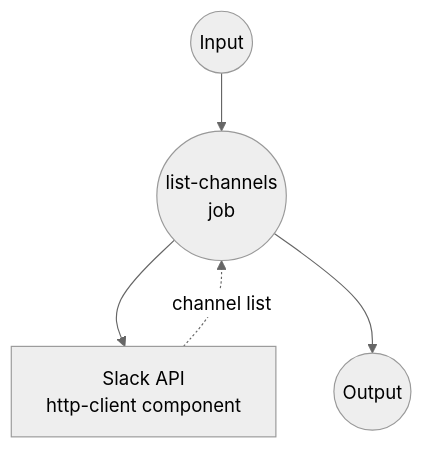
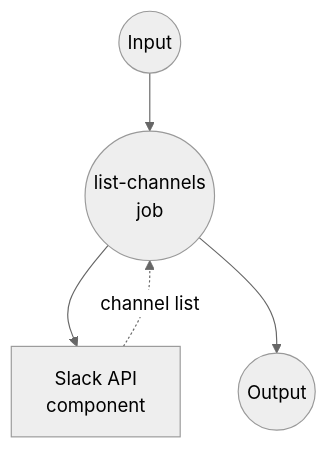
Before and after one commit to hanyeol/model-compose: the second of 3 diagrams in examples/mcp-servers/slack-bot/README.md, drawn with Mermaid (neutral theme). The commit also changed other lines of this file and 24 other files, not shown here.

````diff
--- a/examples/mcp-servers/slack-bot/README.md
+++ b/examples/mcp-servers/slack-bot/README.md
@@ -143,16 +151,16 @@
 ```mermaid
 graph TD
     %% Default job (implicit)
     J1((list-channels<br/>job))
 
     %% Component
-    C1[Slack API<br/>http-client component]
+    C1[Slack API<br/>component]
 
     %% Job to component connections
     J1 --> C1
     C1 -.-> |channel list| J1
 
     %% Input/Output
     Input((Input)) --> J1
     J1 --> Output((Output))
 ```
````
